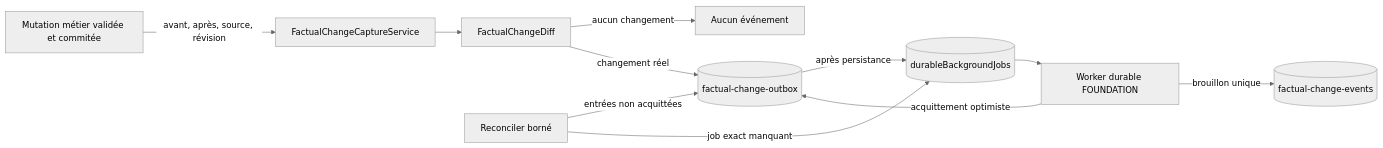
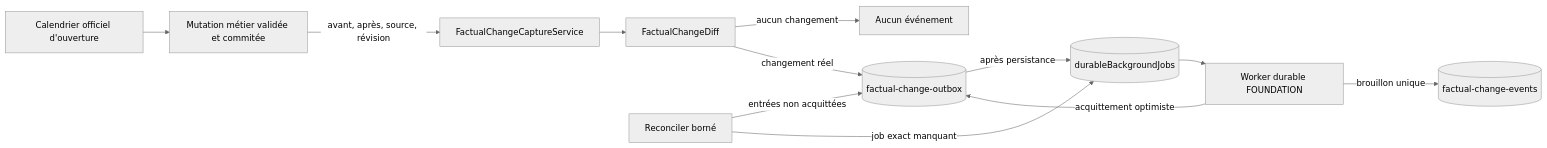
One commit to Ced59/AmusementParkProject changed the first of 3 diagrams in docs/architecture/product-growth-watch-05-factual-outbox-2026-09-15.md. Above: the diagram before and after it, drawn with Mermaid (neutral theme). The commit also changed other lines of this file and 31 other files, not shown here.

````diff
--- a/docs/architecture/product-growth-watch-05-factual-outbox-2026-09-15.md
+++ b/docs/architecture/product-growth-watch-05-factual-outbox-2026-09-15.md
@@ -16,22 +23,24 @@
 ```mermaid
 flowchart LR
     Mutation[Mutation métier validée et commitée]
+    Calendar[Calendrier officiel d'ouverture]
     Capture[FactualChangeCaptureService]
     Diff[FactualChangeDiff]
     Outbox[(factual-change-outbox)]
     Jobs[(durableBackgroundJobs)]
     Worker[Worker durable FOUNDATION]
     Events[(factual-change-events)]
     Reconciler[Reconciler borné]
 
+    Calendar --> Mutation
     Mutation -->|avant, après, source, révision| Capture
     Capture --> Diff
     Diff -->|aucun changement| Stop[Aucun événement]
     Diff -->|changement réel| Outbox
     Outbox -->|après persistance| Jobs
     Jobs --> Worker
     Worker -->|brouillon unique| Events
     Worker -->|acquittement optimiste| Outbox
     Reconciler -->|entrées non acquittées| Outbox
     Reconciler -->|job exact manquant| Jobs
 ```
````
